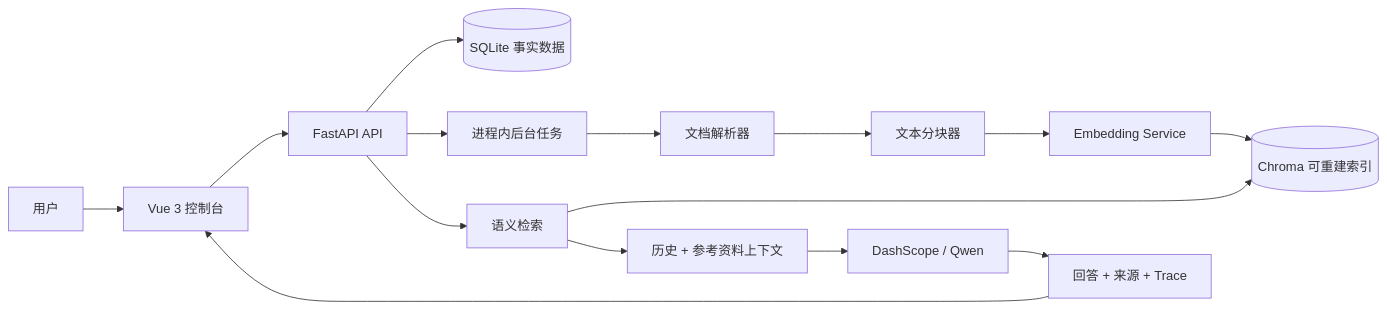
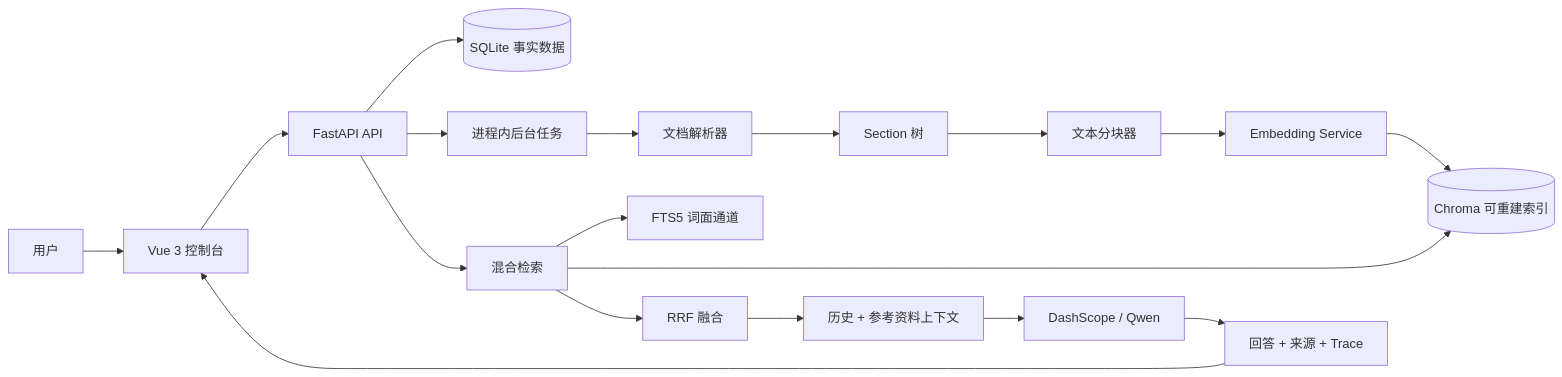
The diagram in README.md (LBStruggleee/KnowFlow), drawn with Mermaid before and after one commit. The commit also changed other lines of this file and 16 other files, not shown here.

````diff
--- a/README.md
+++ b/README.md
@@ -50,17 +66,20 @@
 ```mermaid
 flowchart LR
     User[用户] --> Frontend[Vue 3 控制台]
     Frontend --> API[FastAPI API]
     API --> SQLite[(SQLite 事实数据)]
     API --> Job[进程内后台任务]
     Job --> Parser[文档解析器]
-    Parser --> Chunker[文本分块器]
+    Parser --> Sections[Section 树]
+    Sections --> Chunker[文本分块器]
     Chunker --> Embed[Embedding Service]
     Embed --> Chroma[(Chroma 可重建索引)]
-    API --> Retrieve[语义检索]
+    API --> Retrieve[混合检索]
+    Retrieve --> FTS[FTS5 词面通道]
     Retrieve --> Chroma
-    Retrieve --> Context[历史 + 参考资料上下文]
+    Retrieve --> RRF[RRF 融合]
+    RRF --> Context[历史 + 参考资料上下文]
     Context --> LLM[DashScope / Qwen]
     LLM --> Result[回答 + 来源 + Trace]
     Result --> Frontend
 ```
````
